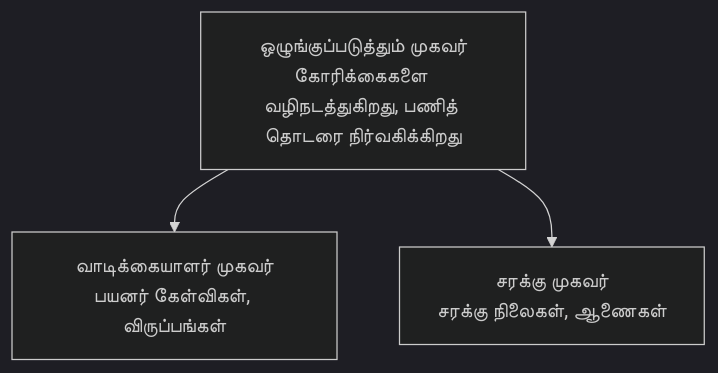
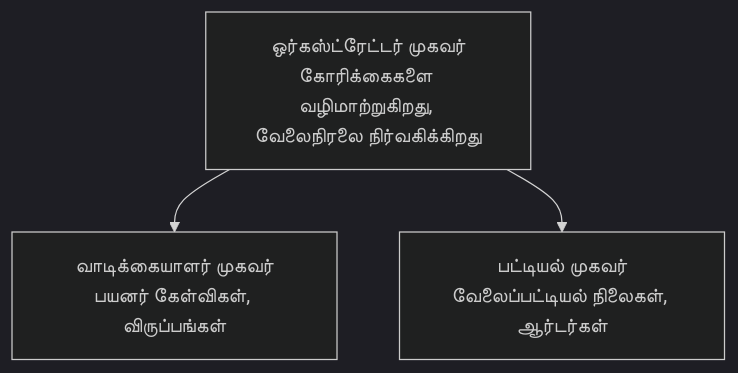
Before and after one commit to microsoft/AZD-for-beginners: the diagram in translations/ta/docs/chapter-05-multi-agent/README.md, drawn with Mermaid (dark theme). The commit also changed other lines of this file and 61 other files, not shown here.

````diff
--- a/translations/ta/docs/chapter-05-multi-agent/README.md
+++ b/translations/ta/docs/chapter-05-multi-agent/README.md
@@ -54,5 +54,5 @@
 ```mermaid
 graph TD
-    Orchestrator[ஒழுங்குப்படுத்தும் முகவர்<br/>கோரிக்கைகளை வழிநடத்துகிறது, பணித் தொடரை நிர்வகிக்கிறது] --> Customer[வாடிக்கையாளர் முகவர்<br/>பயனர் கேள்விகள், விருப்பங்கள்]
-    Orchestrator --> Inventory[சரக்கு முகவர்<br/>சரக்கு நிலைகள், ஆணைகள்]
+    Orchestrator[ஒர்கஸ்ட்ரேட்டர் முகவர்<br/>கோரிக்கைகளை வழிமாற்றுகிறது, வேலைநிரலை நிர்வகிக்கிறது] --> Customer[வாடிக்கையாளர் முகவர்<br/>பயனர் கேள்விகள், விருப்பங்கள்]
+    Orchestrator --> Inventory[பட்டியல் முகவர்<br/>வேலைப்பட்டியல் நிலைகள், ஆர்டர்கள்]
 ```
````
